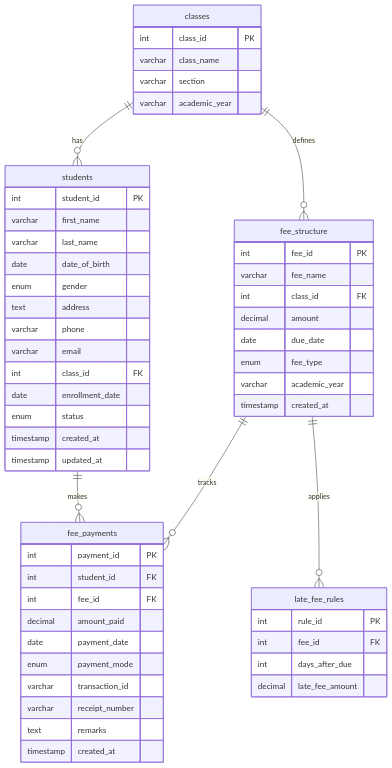
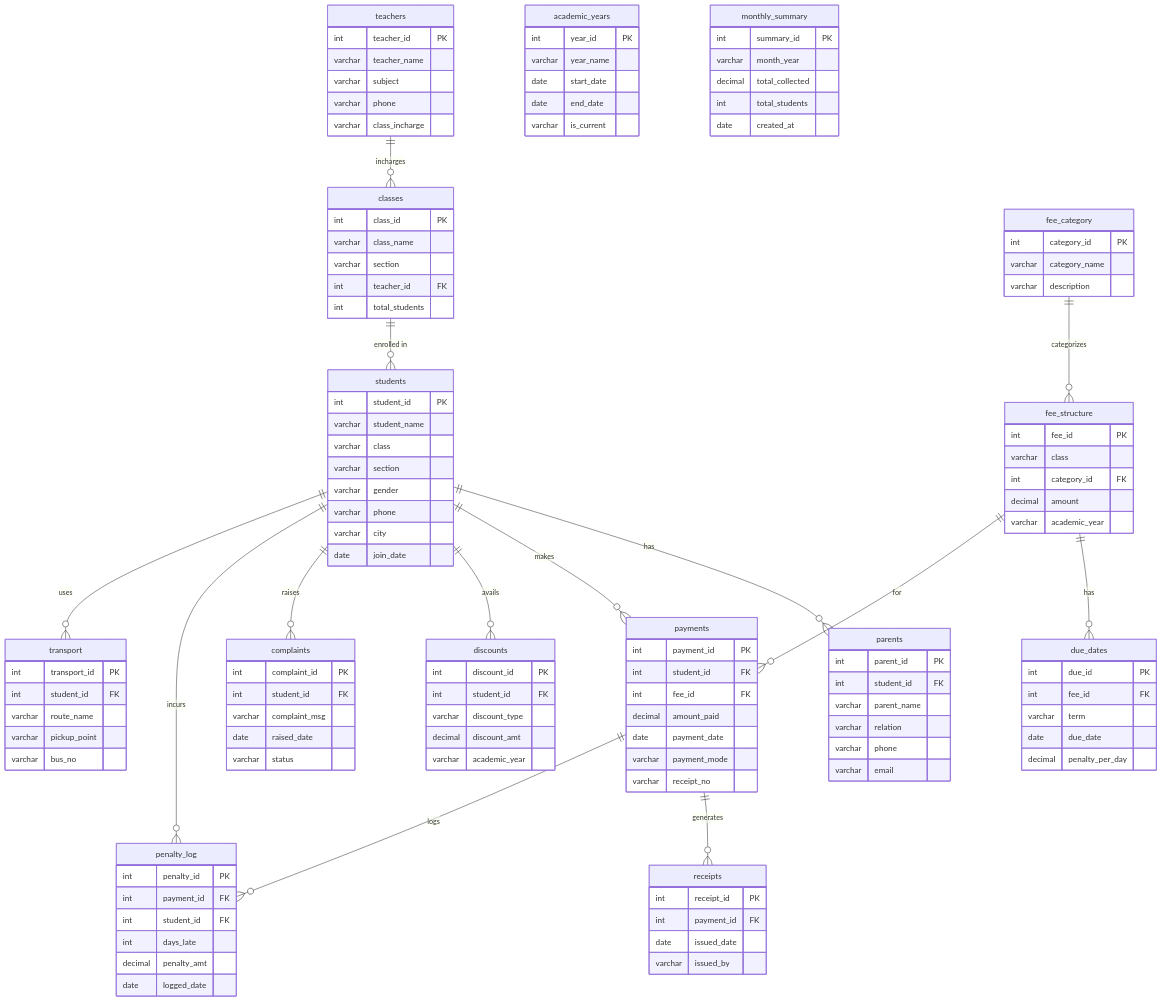
Before and after one commit to Aravinthpvm/School-Fee-DataBase-System: the diagram in README.md, drawn with Mermaid. The commit also changed other lines of this file and 1 other file, not shown here.

Commit message:
Update schema to 15 tables with full ER diagram

````diff
--- a/README.md
+++ b/README.md
@@ -18,62 +18,140 @@
 ```mermaid
 erDiagram
+    teachers {
+        int teacher_id PK
+        varchar teacher_name
+        varchar subject
+        varchar phone
+        varchar class_incharge
+    }
+
+    academic_years {
+        int year_id PK
+        varchar year_name
+        date start_date
+        date end_date
+        varchar is_current
+    }
+
     classes {
         int class_id PK
         varchar class_name
         varchar section
-        varchar academic_year
+        int teacher_id FK
+        int total_students
     }
 
     students {
         int student_id PK
-        varchar first_name
-        varchar last_name
-        date date_of_birth
-        enum gender
-        text address
+        varchar student_name
+        varchar class
+        varchar section
+        varchar gender
+        varchar phone
+        varchar city
+        date join_date
+    }
+
+    parents {
+        int parent_id PK
+        int student_id FK
+        varchar parent_name
+        varchar relation
         varchar phone
         varchar email
-        int class_id FK
-        date enrollment_date
-        enum status
-        timestamp created_at
-        timestamp updated_at
+    }
+
+    fee_category {
+        int category_id PK
+        varchar category_name
+        varchar description
     }
 
     fee_structure {
         int fee_id PK
-        varchar fee_name
-        int class_id FK
+        varchar class
+        int category_id FK
         decimal amount
-        date due_date
-        enum fee_type
         varchar academic_year
-        timestamp created_at
     }
 
-    fee_payments {
+    due_dates {
+        int due_id PK
+        int fee_id FK
+        varchar term
+        date due_date
+        decimal penalty_per_day
+    }
+
+    payments {
         int payment_id PK
         int student_id FK
         int fee_id FK
         decimal amount_paid
         date payment_date
-        enum payment_mode
-        varchar transaction_id
-        varchar receipt_number
-        text remarks
-        timestamp created_at
+        varchar payment_mode
+        varchar receipt_no
     }
 
-    late_fee_rules {
-        int rule_id PK
-        int fee_id FK
-        int days_after_due
-        decimal late_fee_amount
+    receipts {
+        int receipt_id PK
+        int payment_id FK
+        date issued_date
+        varchar issued_by
     }
 
-    classes ||--o{ students : "has"
-    classes ||--o{ fee_structure : "defines"
-    fee_structure ||--o{ fee_payments : "tracks"
-    students ||--o{ fee_payments : "makes"
-    fee_structure ||--o{ late_fee_rules : "applies"
+    discounts {
+        int discount_id PK
+        int student_id FK
+        varchar discount_type
+        decimal discount_amt
+        varchar academic_year
+    }
+
+    complaints {
+        int complaint_id PK
+        int student_id FK
+        varchar complaint_msg
+        date raised_date
+        varchar status
+    }
+
+    penalty_log {
+        int penalty_id PK
+        int payment_id FK
+        int student_id FK
+        int days_late
+        decimal penalty_amt
+        date logged_date
+    }
+
+    monthly_summary {
+        int summary_id PK
+        varchar month_year
+        decimal total_collected
+        int total_students
+        date created_at
+    }
+
+    transport {
+        int transport_id PK
+        int student_id FK
+        varchar route_name
+        varchar pickup_point
+        varchar bus_no
+    }
+
+    teachers ||--o{ classes : "incharges"
+    classes ||--o{ students : "enrolled in"
+    students ||--o{ parents : "has"
+    students ||--o{ payments : "makes"
+    students ||--o{ discounts : "avails"
+    students ||--o{ complaints : "raises"
+    students ||--o{ penalty_log : "incurs"
+    students ||--o{ transport : "uses"
+    fee_category ||--o{ fee_structure : "categorizes"
+    fee_structure ||--o{ due_dates : "has"
+    fee_structure ||--o{ payments : "for"
+    payments ||--o{ receipts : "generates"
+    payments ||--o{ penalty_log : "logs"
 ```
````
